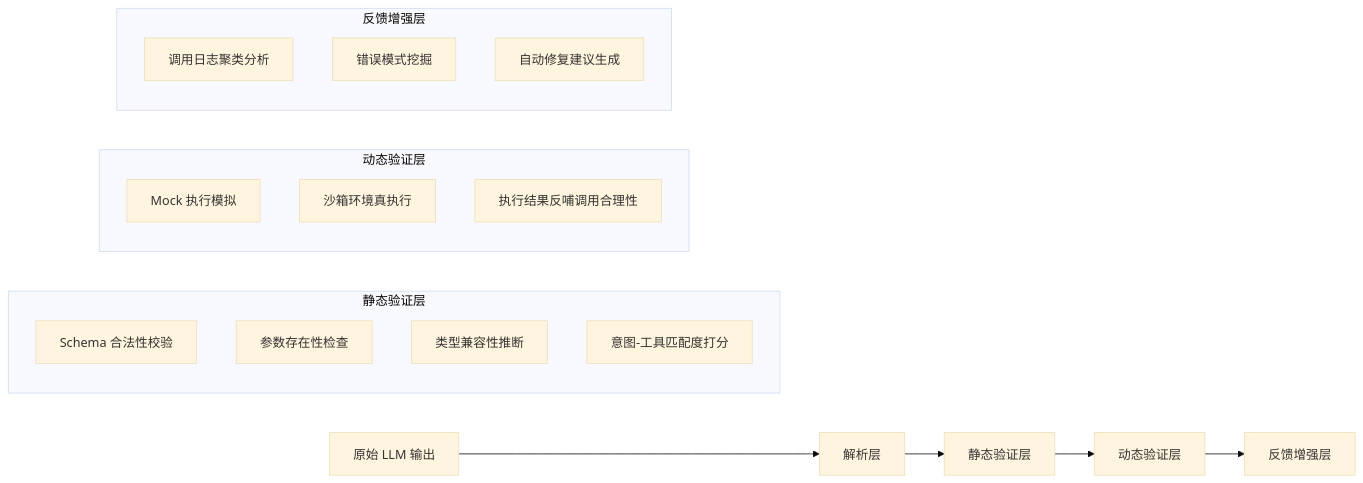
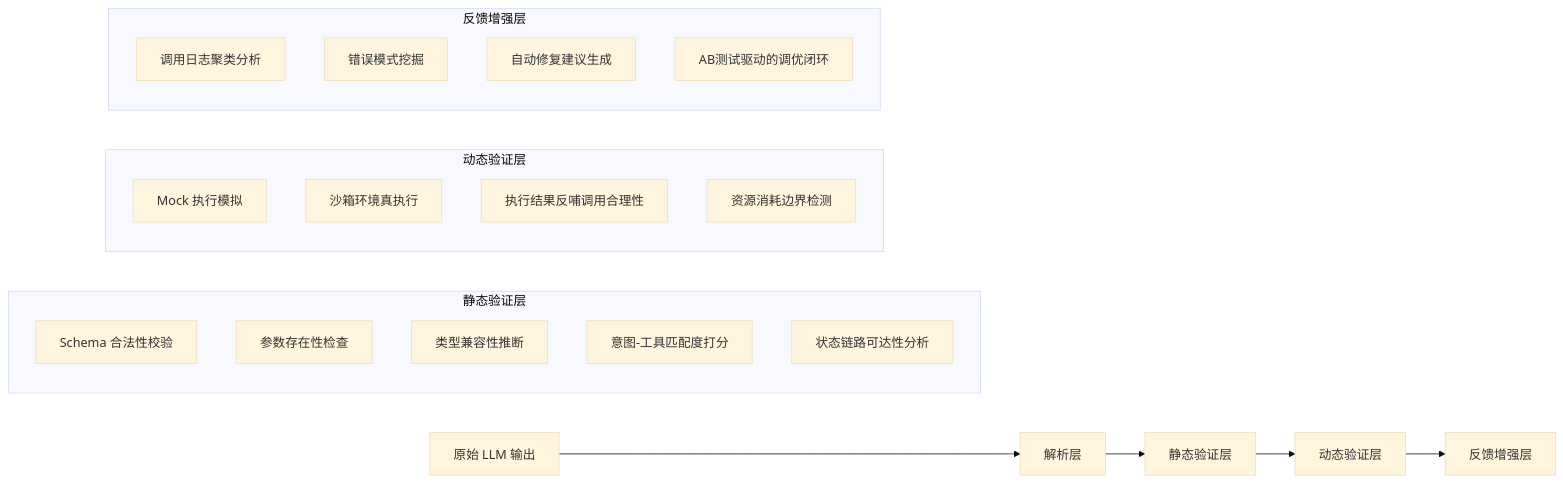
Before and after one commit to liuwei1993/ai-llm-agent-knowledge: the diagram in 12-Agent评估与监控/工具调用评估.md, drawn with Mermaid (base theme). The commit also changed other lines of this file and 5 other files, not shown here.

````diff
--- a/12-Agent评估与监控/工具调用评估.md
+++ b/12-Agent评估与监控/工具调用评估.md
@@ -44,26 +47,29 @@
 ```mermaid
 graph LR
 A[原始 LLM 输出] --> B[解析层]
 B --> C[静态验证层]
 C --> D[动态验证层]
 D --> E[反馈增强层]
 
 subgraph 静态验证层
 C1[Schema 合法性校验]
 C2[参数存在性检查]
 C3[类型兼容性推断]
 C4[意图-工具匹配度打分]
+C5[状态链路可达性分析]
 end
 
 subgraph 动态验证层
 D1[Mock 执行模拟]
 D2[沙箱环境真执行]
 D3[执行结果反哺调用合理性]
+D4[资源消耗边界检测]
 end
 
 subgraph 反馈增强层
 E1[调用日志聚类分析]
 E2[错误模式挖掘]
 E3[自动修复建议生成]
+E4[AB测试驱动的调优闭环]
 end
 ```
````
